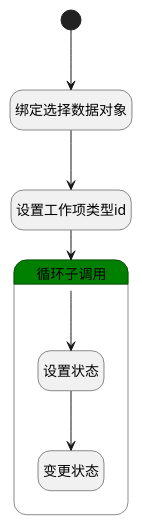
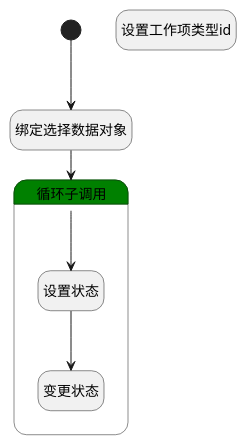
Before and after one commit to iBizLab/plm: the diagram in doc/docsify/module/ProjMgmt/work_item/logic/change_state.md, drawn with PlantUML. The commit also changed 862 other files, not shown here.

````diff
--- a/doc/docsify/module/ProjMgmt/work_item/logic/change_state.md
+++ b/doc/docsify/module/ProjMgmt/work_item/logic/change_state.md
@@ -7,28 +7,27 @@
 ```plantuml
 @startuml
 hide empty description
 <style>
 root {
   HyperlinkColor #42b983
 }
 </style>
 
 hide empty description
 state "开始" as Begin <<start>> [[$./change_state#begin {"开始"}]]
 state "绑定选择数据对象" as BINDPARAM1  [[$./change_state#bindparam1 {"绑定选择数据对象"}]]
 state "设置工作项类型id" as RAWSFCODE1  [[$./change_state#rawsfcode1 {"设置工作项类型id"}]]
 state "循环子调用" as LOOPSUBCALL1  [[$./change_state#loopsubcall1 {"循环子调用"}]] #green {
 state "设置状态" as PREPAREPARAM2  [[$./change_state#prepareparam2 {"设置状态"}]]
 state "变更状态" as DEACTION1  [[$./change_state#deaction1 {"变更状态"}]]
 }
 
 
 Begin --> BINDPARAM1
-BINDPARAM1 --> RAWSFCODE1
-RAWSFCODE1 --> LOOPSUBCALL1
+BINDPARAM1 --> LOOPSUBCALL1
 LOOPSUBCALL1 --> PREPAREPARAM2
 PREPAREPARAM2 --> DEACTION1
 
 
 @enduml
 ```
````
